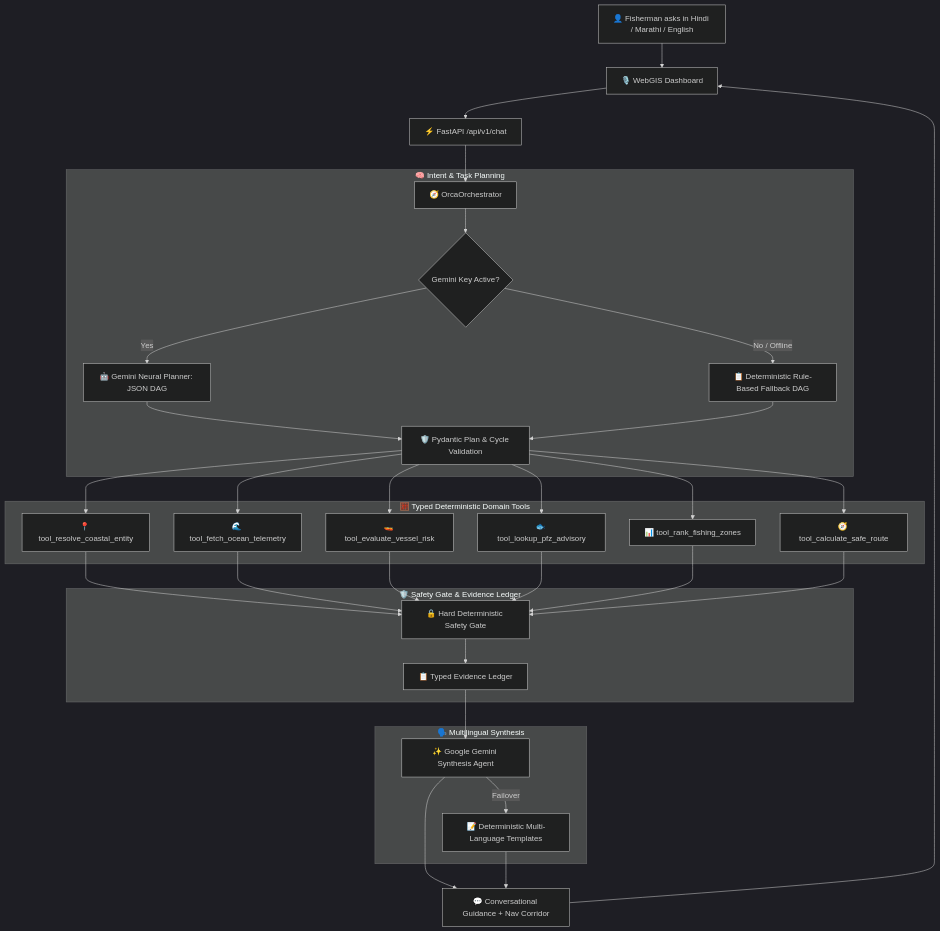
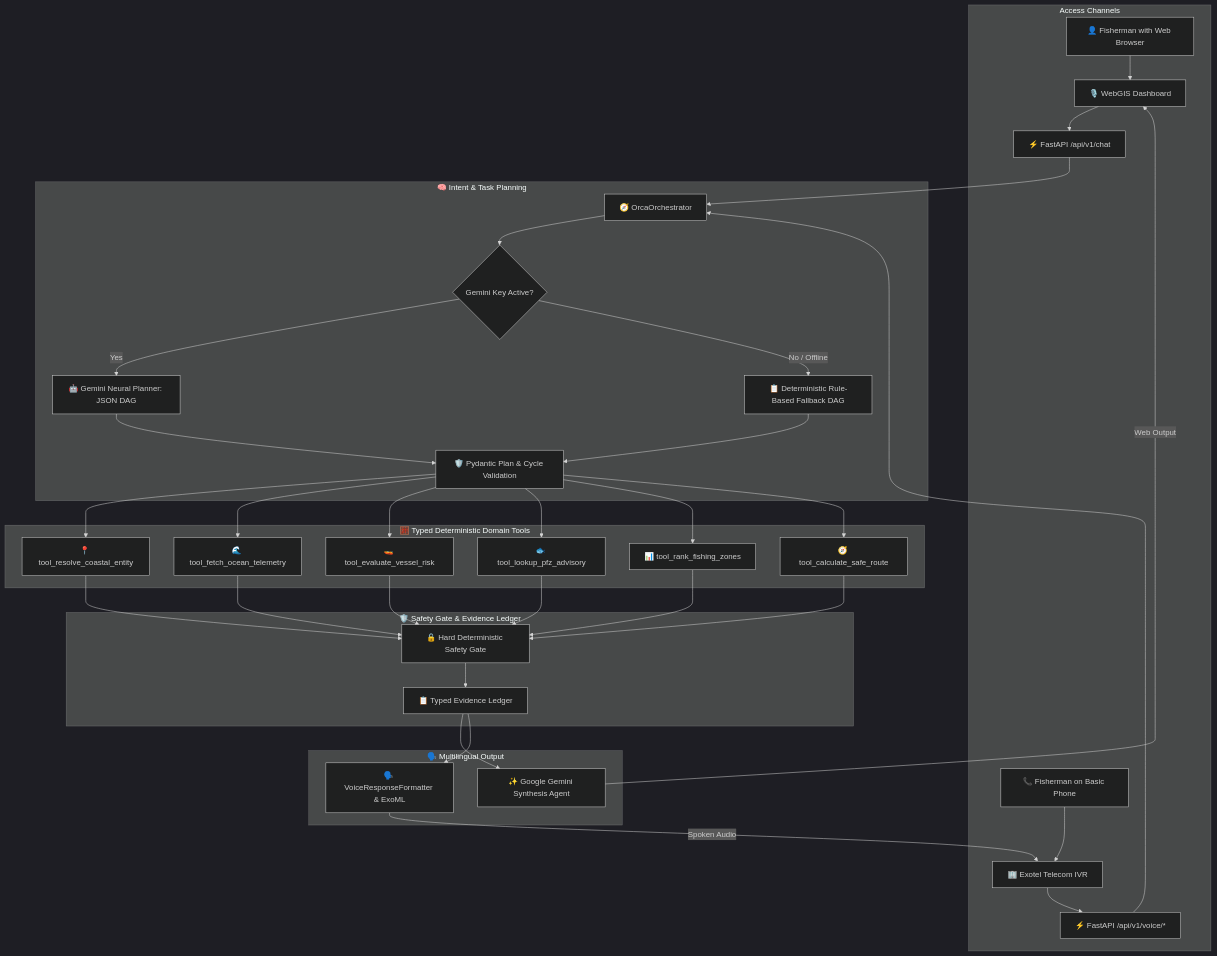
Before and after one commit to Legend2006H/ISRO-ORCA-Project: the diagram in README.md, drawn with Mermaid (dark theme). The commit also changed other lines of this file, not shown here.

Commit message:
docs: update README with Voice Access Layer, Render environment variables guide, and updated project structure

````diff
--- a/README.md
+++ b/README.md
@@ -57,37 +75,41 @@
 ```mermaid
 flowchart TD
-    A[👤 Fisherman asks in Hindi / Marathi / English] --> B[🎙️ WebGIS Dashboard]
-    B --> C[⚡ FastAPI /api/v1/chat]
-    C --> D[🧭 OrcaOrchestrator]
+    subgraph Channels ["Access Channels"]
+        A[👤 Fisherman with Web Browser] --> B[🎙️ WebGIS Dashboard]
+        B --> C[⚡ FastAPI /api/v1/chat]
+        
+        D[📞 Fisherman on Basic Phone] --> E[🏢 Exotel Telecom IVR]
+        E --> F[⚡ FastAPI /api/v1/voice/*]
+    end
+
+    C & F --> G[🧭 OrcaOrchestrator]
     
     subgraph Planning ["🧠 Intent & Task Planning"]
-        D --> E{Gemini Key Active?}
-        E -->|Yes| F[🤖 Gemini Neural Planner: JSON DAG]
-        E -->|No / Offline| G[📋 Deterministic Rule-Based Fallback DAG]
-        F --> H[🛡️ Pydantic Plan & Cycle Validation]
-        G --> H
+        G --> H{Gemini Key Active?}
+        H -->|Yes| I[🤖 Gemini Neural Planner: JSON DAG]
+        H -->|No / Offline| J[📋 Deterministic Rule-Based Fallback DAG]
+        I --> K[🛡️ Pydantic Plan & Cycle Validation]
+        J --> K
     end
 
     subgraph DeterministicTools ["🧮 Typed Deterministic Domain Tools"]
-        H --> I[📍 tool_resolve_coastal_entity]
-        H --> J[🌊 tool_fetch_ocean_telemetry]
-        H --> K[🚤 tool_evaluate_vessel_risk]
-        H --> L[🐟 tool_lookup_pfz_advisory]
-        H --> M[📊 tool_rank_fishing_zones]
-        H --> N[🧭 tool_calculate_safe_route]
+        K --> L[📍 tool_resolve_coastal_entity]
+        K --> M[🌊 tool_fetch_ocean_telemetry]
+        K --> N[🚤 tool_evaluate_vessel_risk]
+        K --> O[🐟 tool_lookup_pfz_advisory]
+        K --> P[📊 tool_rank_fishing_zones]
+        K --> Q[🧭 tool_calculate_safe_route]
     end
 
     subgraph SafetyAndEvidence ["🛡️ Safety Gate & Evidence Ledger"]
-        I & J & K & L & M & N --> O[🔒 Hard Deterministic Safety Gate]
-        O --> P[📋 Typed Evidence Ledger]
+        L & M & N & O & P & Q --> R[🔒 Hard Deterministic Safety Gate]
+        R --> S[📋 Typed Evidence Ledger]
     end
     
-    subgraph SynthesisLayer ["🗣️ Multilingual Synthesis"]
-        P --> Q[✨ Google Gemini Synthesis Agent]
-        Q -->|Failover| R[📝 Deterministic Multi-Language Templates]
+    subgraph OutputLayer ["🗣️ Multilingual Output"]
+        S --> T[✨ Google Gemini Synthesis Agent]
+        T -->|Web Output| B
+        S --> U[🗣️ VoiceResponseFormatter & ExoML]
+        U -->|Spoken Audio| E
     end
-    
-    Q --> S[💬 Conversational Guidance + Nav Corridor]
-    R --> S
-    S --> B
 ```
````
